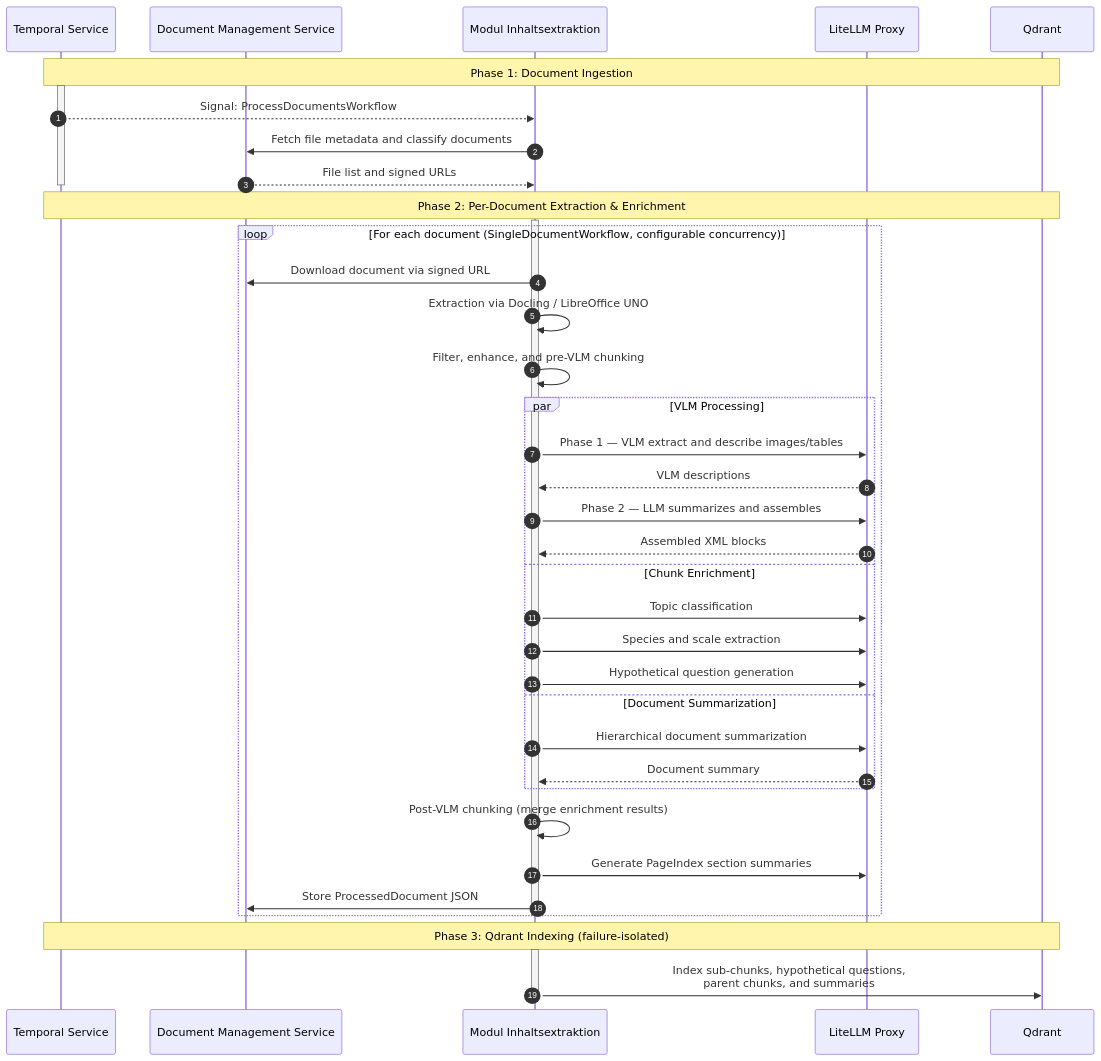
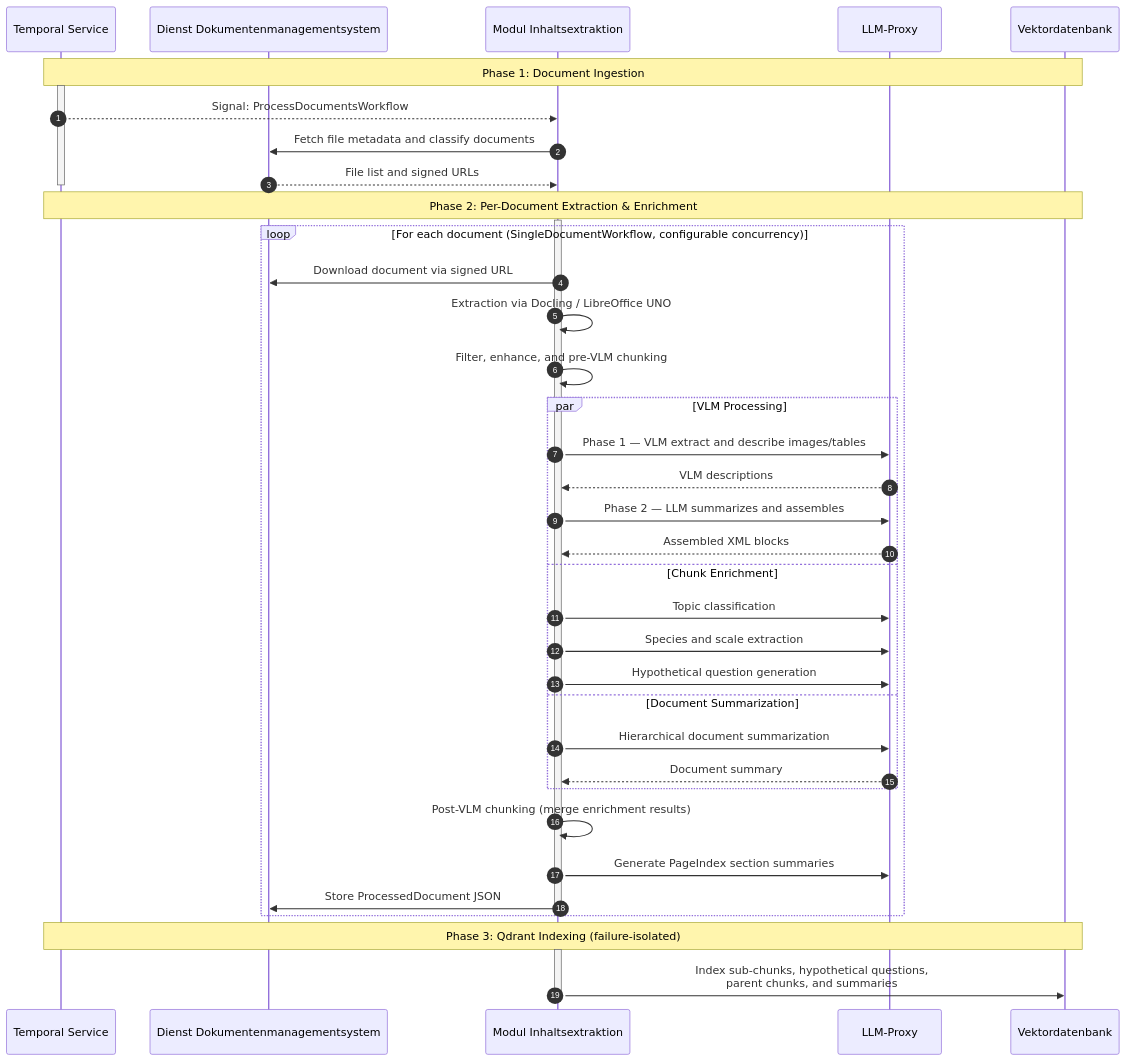
Before and after one commit to ROBROICH/spark-azure-deploy: the first of 2 diagrams in 05-modulcluster/modul-inhaltsextraktion/README.md, drawn with Mermaid. The commit also changed other lines of this file and 4373 other files, not shown here.

````diff
--- a/05-modulcluster/modul-inhaltsextraktion/README.md
+++ b/05-modulcluster/modul-inhaltsextraktion/README.md
@@ -26,49 +27,49 @@
 ```mermaid
 sequenceDiagram
     autonumber
     participant Temporal as Temporal Service
-    participant DMS as Document Management Service
+    participant DMS as Dienst Dokumentenmanagementsystem
     participant Worker as Modul Inhaltsextraktion
-    participant LiteLLM as LiteLLM Proxy
-    participant Qdrant as Qdrant
+    participant LiteLLM as LLM-Proxy
+    participant Qdrant as Vektordatenbank
 
     Note over Temporal,Qdrant: Phase 1: Document Ingestion
     activate Temporal
     Temporal-->>Worker: Signal: ProcessDocumentsWorkflow
     Worker->>DMS: Fetch file metadata and classify documents
     DMS-->>Worker: File list and signed URLs
     deactivate Temporal
 
     Note over Temporal,Qdrant: Phase 2: Per-Document Extraction & Enrichment
     activate Worker
     loop For each document (SingleDocumentWorkflow, configurable concurrency)
         Worker->>DMS: Download document via signed URL
         Worker->>Worker: Extraction via Docling / LibreOffice UNO
         Worker->>Worker: Filter, enhance, and pre-VLM chunking
 
         par VLM Processing
             Worker->>LiteLLM: Phase 1 — VLM extract and describe images/tables
             LiteLLM-->>Worker: VLM descriptions
             Worker->>LiteLLM: Phase 2 — LLM summarizes and assembles
             LiteLLM-->>Worker: Assembled XML blocks
         and Chunk Enrichment
             Worker->>LiteLLM: Topic classification
             Worker->>LiteLLM: Species and scale extraction
             Worker->>LiteLLM: Hypothetical question generation
         and Document Summarization
             Worker->>LiteLLM: Hierarchical document summarization
             LiteLLM-->>Worker: Document summary
         end
 
         Worker->>Worker: Post-VLM chunking (merge enrichment results)
         Worker->>LiteLLM: Generate PageIndex section summaries
         Worker->>DMS: Store ProcessedDocument JSON
     end
     deactivate Worker
 
     Note over Temporal,Qdrant: Phase 3: Qdrant Indexing (failure-isolated)
     activate Worker
     Worker->>Qdrant: Index sub-chunks, hypothetical questions,<br/>parent chunks, and summaries
     deactivate Worker
 
 ```
````
